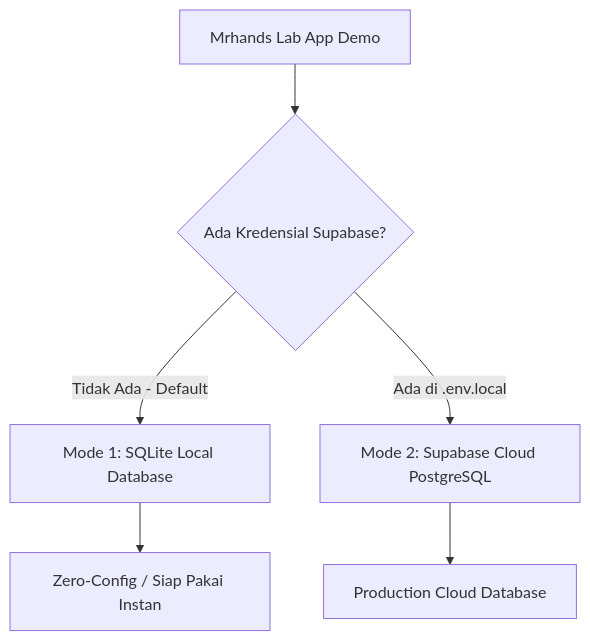
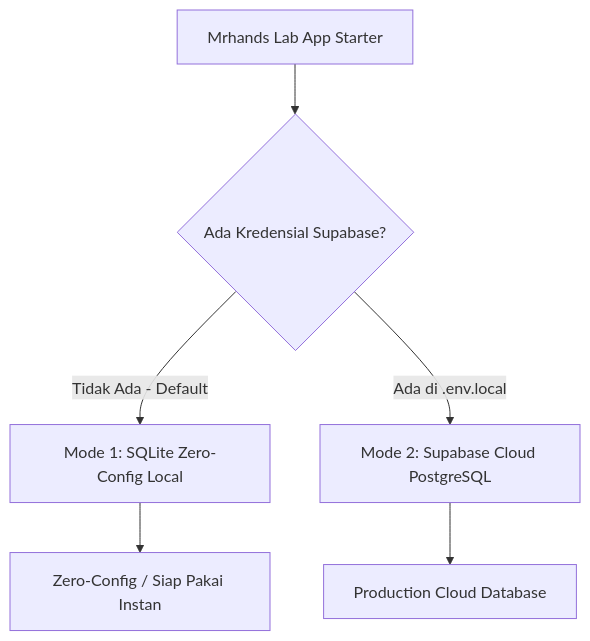
One commit to handita/mrhands-lab-app-demo changed the diagram in readme.md. Above: the diagram before and after it, drawn with Mermaid. The commit also changed other lines of this file and 27 other files, not shown here.

````diff
--- a/readme.md
+++ b/readme.md
@@ -46,8 +27,8 @@
 ```mermaid
 flowchart TD
-    App[Mrhands Lab App Demo] --> Check{Ada Kredensial Supabase?}
-    Check -->|Tidak Ada - Default| SQLite[Mode 1: SQLite Local Database]
+    App[Mrhands Lab App Starter] --> Check{Ada Kredensial Supabase?}
+    Check -->|Tidak Ada - Default| SQLite[Mode 1: SQLite Zero-Config Local]
     Check -->|Ada di .env.local| Supabase[Mode 2: Supabase Cloud PostgreSQL]
     SQLite --> LocalStore[Zero-Config / Siap Pakai Instan]
     Supabase --> CloudDB[Production Cloud Database]
 ```
````
